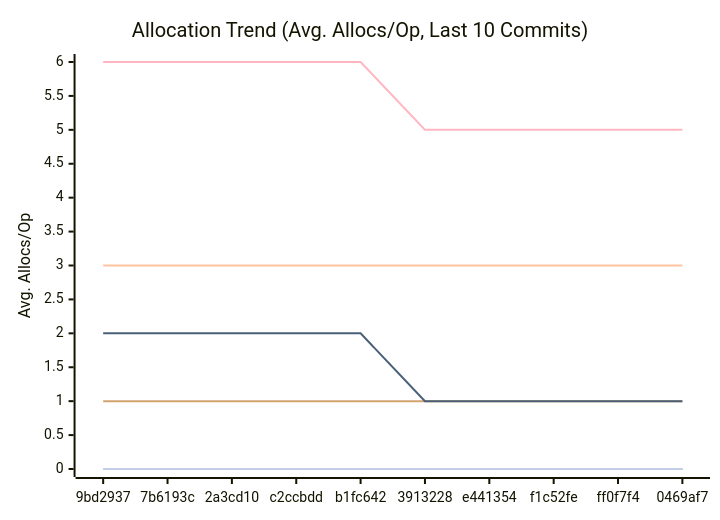
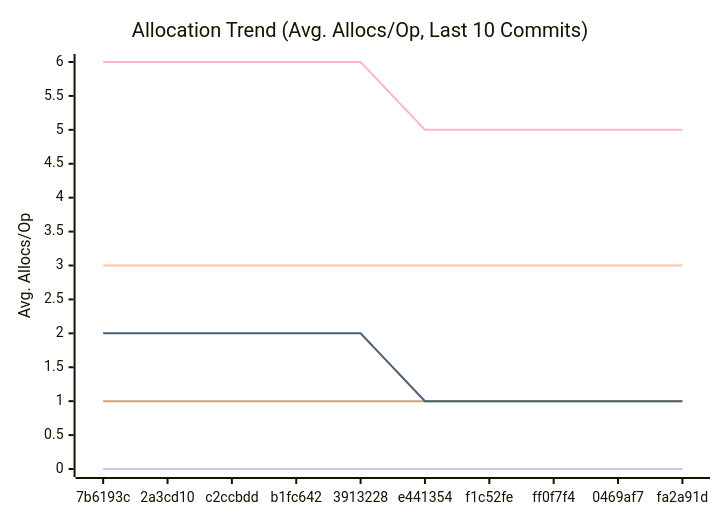
Before and after one commit to alsotoes/momo: the third of 3 diagrams in docs/PERFORMANCE.md, drawn with Mermaid. The commit also changed other lines of this file and 3 other files, not shown here.

````diff
--- a/docs/PERFORMANCE.md
+++ b/docs/PERFORMANCE.md
@@ -114,16 +114,16 @@
 ```mermaid
 xychart-beta
     title "Allocation Trend (Avg. Allocs/Op, Last 10 Commits)"
     x-axis "Commit"
     y-axis "Avg. Allocs/Op"
-    x-axis [9bd2937,7b6193c,2a3cd10,c2ccbdd,b1fc642,3913228,e441354,f1c52fe,ff0f7f4,0469af7]
+    x-axis [7b6193c,2a3cd10,c2ccbdd,b1fc642,3913228,e441354,f1c52fe,ff0f7f4,0469af7,fa2a91d]
     line "CheckMetricsAndSwap" [0,0,0,0,0,0,0,0,0,0]
     line "CrushOptimized" [0,0,0,0,0,0,0,0,0,0]
     line "CrushOriginal" [3,3,3,3,3,3,3,3,3,3]
     line "IndexDirectTracking" [0,0,0,0,0,0,0,0,0,0]
     line "IndexSearch" [0,0,0,0,0,0,0,0,0,0]
     line "LoadGlobalConfig" [1,1,1,1,1,1,1,1,1,1]
     line "PadString" [0,0,0,0,0,0,0,0,0,0]
     line "ParseReplicationOrder_NoPrealloc" [6,6,6,6,6,5,5,5,5,5]
     line "ParseReplicationOrder_Prealloc" [2,2,2,2,2,1,1,1,1,1]
 ```
````
